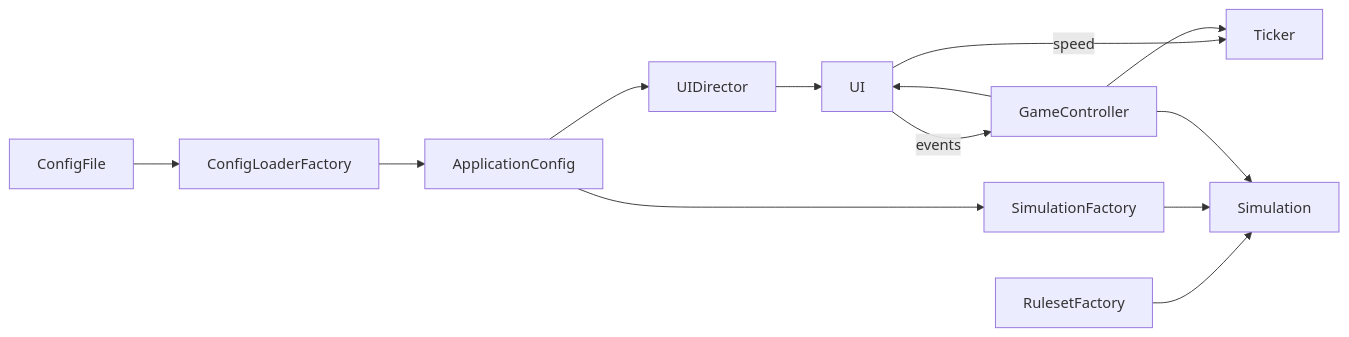
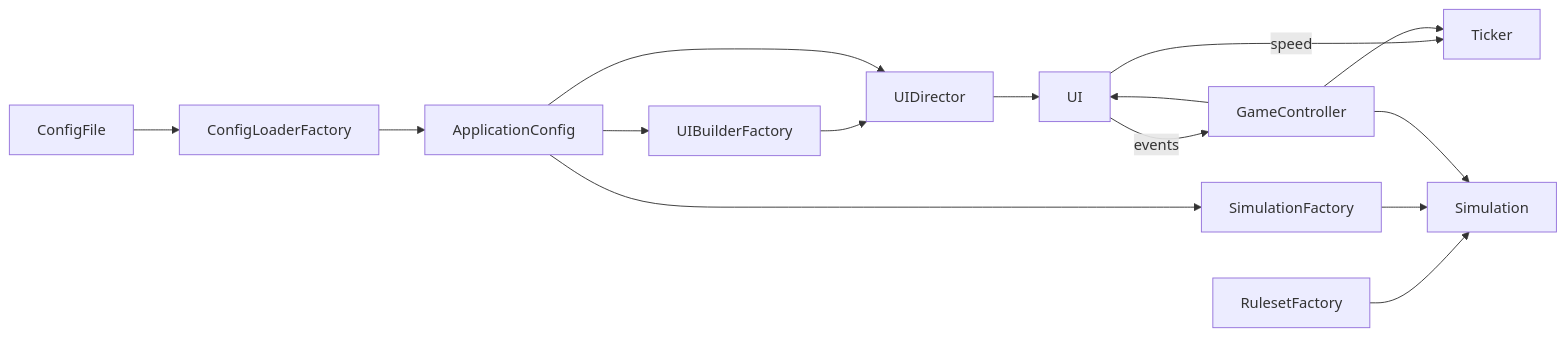
Before and after one commit to szdomzalski/design-patterns-sandbox: the diagram in game_of_life/ARCHITECTURE.md, drawn with Mermaid. The commit also changed other lines of this file and 11 other files, not shown here.

````diff
--- a/game_of_life/ARCHITECTURE.md
+++ b/game_of_life/ARCHITECTURE.md
@@ -6,15 +6,17 @@
 ```mermaid
 flowchart LR
     ConfigFile --> ConfigLoaderFactory
     ConfigLoaderFactory --> ApplicationConfig
+    ApplicationConfig --> UIBuilderFactory
+    UIBuilderFactory --> UIDirector
     ApplicationConfig --> UIDirector
     ApplicationConfig --> SimulationFactory
     RulesetFactory --> Simulation
     UIDirector --> UI
     SimulationFactory --> Simulation
     UI -- events --> GameController
     UI -- speed --> Ticker
     GameController --> Ticker
     GameController --> Simulation
     GameController --> UI
 ```
````
